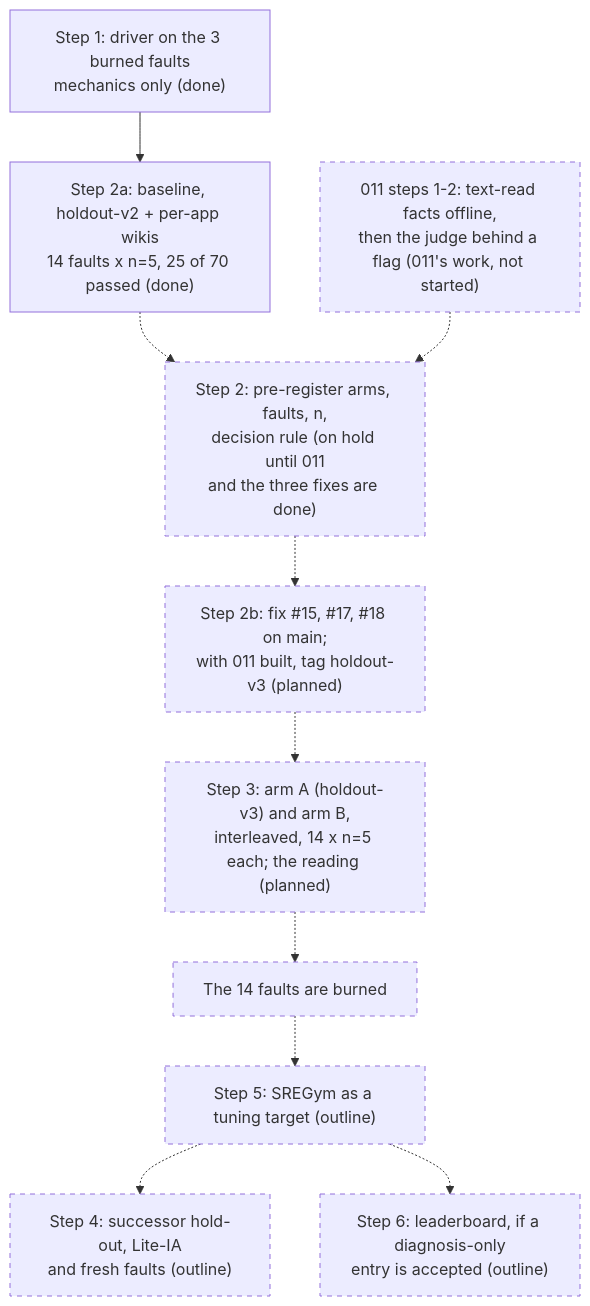
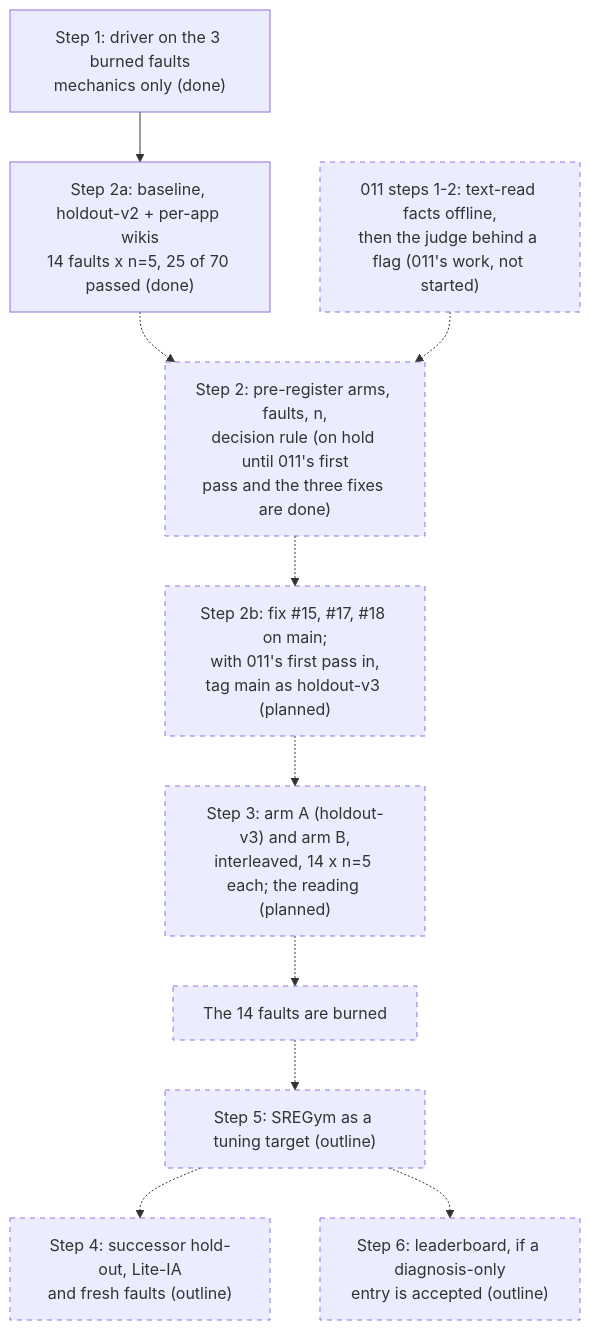
One commit to BenedatLLC/k8srca changed the second of 3 diagrams in designs/014-sregym.md. Above: the diagram before and after it, drawn with Mermaid. The commit also changed other lines of this file and 6 other files, not shown here.

First line of the commit message:
Docs: todo.md rewritten in plain English; first pass at 011, one tag

````diff
--- a/designs/014-sregym.md
+++ b/designs/014-sregym.md
@@ -130,24 +132,24 @@
 ```mermaid
 flowchart TD
     S1["Step 1: driver on the 3 burned faults<br/>mechanics only (done)"]
     S2a["Step 2a: baseline, holdout-v2 + per-app wikis<br/>14 faults x n=5, 25 of 70 passed (done)"]
     W011["011 steps 1-2: text-read facts offline,<br/>then the judge behind a flag (011's work, not started)"]
-    S2["Step 2: pre-register arms, faults, n,<br/>decision rule (on hold until 011<br/>and the three fixes are done)"]
-    S2b["Step 2b: fix #15, #17, #18 on main;<br/>with 011 built, tag holdout-v3 (planned)"]
+    S2["Step 2: pre-register arms, faults, n,<br/>decision rule (on hold until 011's first<br/>pass and the three fixes are done)"]
+    S2b["Step 2b: fix #15, #17, #18 on main;<br/>with 011's first pass in,<br/>tag main as holdout-v3 (planned)"]
     S3["Step 3: arm A (holdout-v3) and arm B,<br/>interleaved, 14 x n=5 each; the reading (planned)"]
     BURN["The 14 faults are burned"]
     S5["Step 5: SREGym as a tuning target (outline)"]
     S4["Step 4: successor hold-out, Lite-IA<br/>and fresh faults (outline)"]
     S6["Step 6: leaderboard, if a diagnosis-only<br/>entry is accepted (outline)"]
     S1 --> S2a
     S2a -.-> S2
     W011 -.-> S2
     S2 -.-> S2b
     S2b -.-> S3
     S3 -.-> BURN
     BURN -.-> S5
     S5 -.-> S4
     S5 -.-> S6
     classDef planned stroke-dasharray: 5 5
     class W011,S2,S2b,S3,BURN,S5,S4,S6 planned
 ```
````
